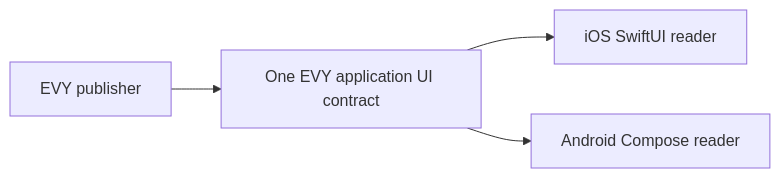
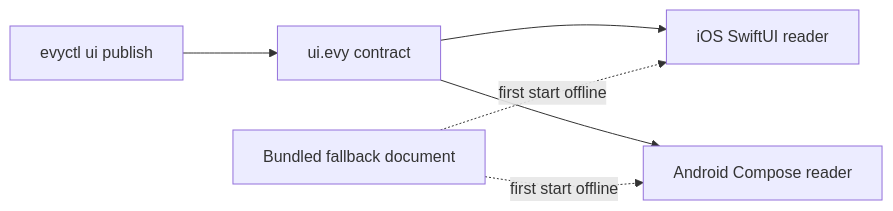
The diagram in 2-evy-on-freenet/03-readers.md (EVY-Platform/evy-freenet-plans), drawn with Mermaid before and after one commit. The commit also changed other lines of this file and 34 other files, not shown here.

````diff
--- a/2-evy-on-freenet/03-readers.md
+++ b/2-evy-on-freenet/03-readers.md
@@ -17,6 +23,8 @@
 ```mermaid
 flowchart LR
-  Publisher[EVY publisher] --> UI[One EVY application UI contract]
+  Publisher[evyctl ui publish] --> UI[ui.evy contract]
   UI --> IOS[iOS SwiftUI reader]
   UI --> Android[Android Compose reader]
+  Fallback[Bundled fallback document] -.first start offline.-> IOS
+  Fallback -.first start offline.-> Android
 ```
````
